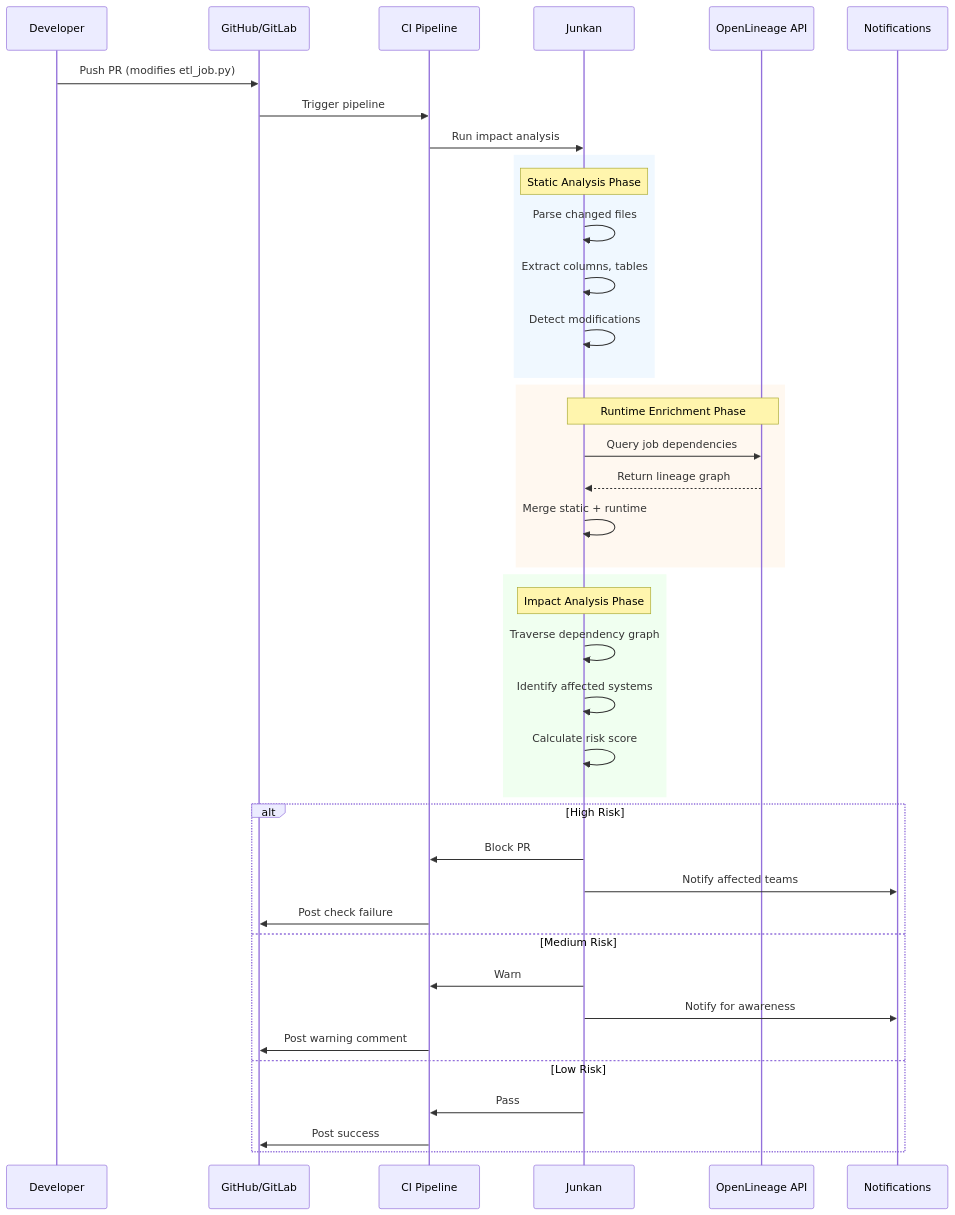
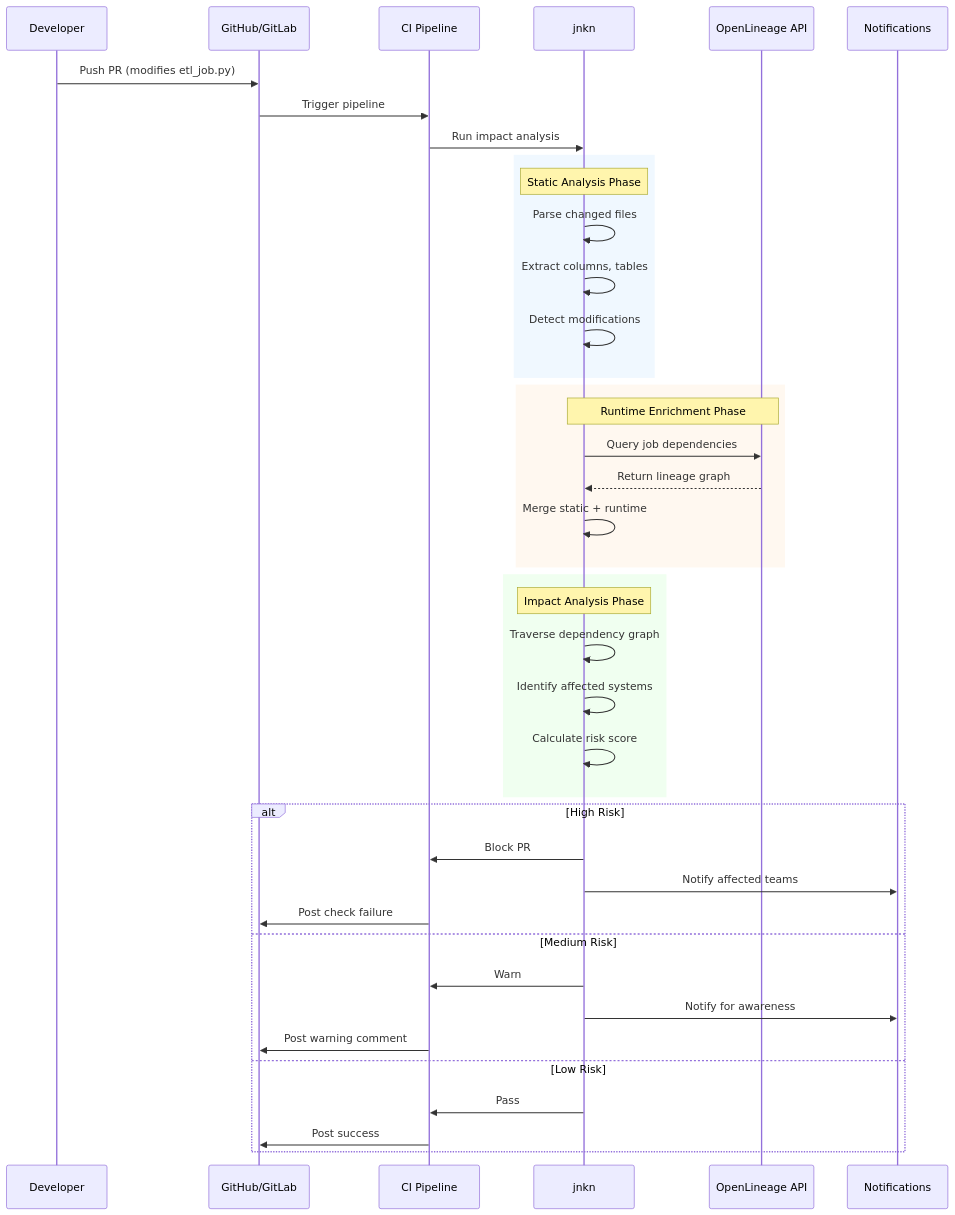
Before and after one commit to bordumb/junkan: the sixth of 9 diagrams in docs/openlineage/design.md, drawn with Mermaid. The commit also changed other lines of this file and 157 other files, not shown here.

````diff
--- a/docs/openlineage/design.md
+++ b/docs/openlineage/design.md
@@ -333,47 +333,47 @@
 ```mermaid
 sequenceDiagram
     participant Dev as Developer
     participant Git as GitHub/GitLab
     participant CI as CI Pipeline
-    participant Junkan as Junkan
+    participant jnkn as jnkn
     participant OL as OpenLineage API
     participant Slack as Notifications
     
     Dev->>Git: Push PR (modifies etl_job.py)
     Git->>CI: Trigger pipeline
-    CI->>Junkan: Run impact analysis
+    CI->>jnkn: Run impact analysis
     
     rect rgb(240, 248, 255)
-        Note over Junkan: Static Analysis Phase
-        Junkan->>Junkan: Parse changed files
-        Junkan->>Junkan: Extract columns, tables
-        Junkan->>Junkan: Detect modifications
+        Note over jnkn: Static Analysis Phase
+        jnkn->>jnkn: Parse changed files
+        jnkn->>jnkn: Extract columns, tables
+        jnkn->>jnkn: Detect modifications
     end
     
     rect rgb(255, 248, 240)
-        Note over Junkan,OL: Runtime Enrichment Phase
-        Junkan->>OL: Query job dependencies
-        OL-->>Junkan: Return lineage graph
-        Junkan->>Junkan: Merge static + runtime
+        Note over jnkn,OL: Runtime Enrichment Phase
+        jnkn->>OL: Query job dependencies
+        OL-->>jnkn: Return lineage graph
+        jnkn->>jnkn: Merge static + runtime
     end
     
     rect rgb(240, 255, 240)
-        Note over Junkan: Impact Analysis Phase
-        Junkan->>Junkan: Traverse dependency graph
-        Junkan->>Junkan: Identify affected systems
-        Junkan->>Junkan: Calculate risk score
+        Note over jnkn: Impact Analysis Phase
+        jnkn->>jnkn: Traverse dependency graph
+        jnkn->>jnkn: Identify affected systems
+        jnkn->>jnkn: Calculate risk score
     end
     
     alt High Risk
-        Junkan->>CI: Block PR
-        Junkan->>Slack: Notify affected teams
+        jnkn->>CI: Block PR
+        jnkn->>Slack: Notify affected teams
         CI->>Git: Post check failure
     else Medium Risk
-        Junkan->>CI: Warn
-        Junkan->>Slack: Notify for awareness
+        jnkn->>CI: Warn
+        jnkn->>Slack: Notify for awareness
         CI->>Git: Post warning comment
     else Low Risk
-        Junkan->>CI: Pass
+        jnkn->>CI: Pass
         CI->>Git: Post success
     end
 ```
````
